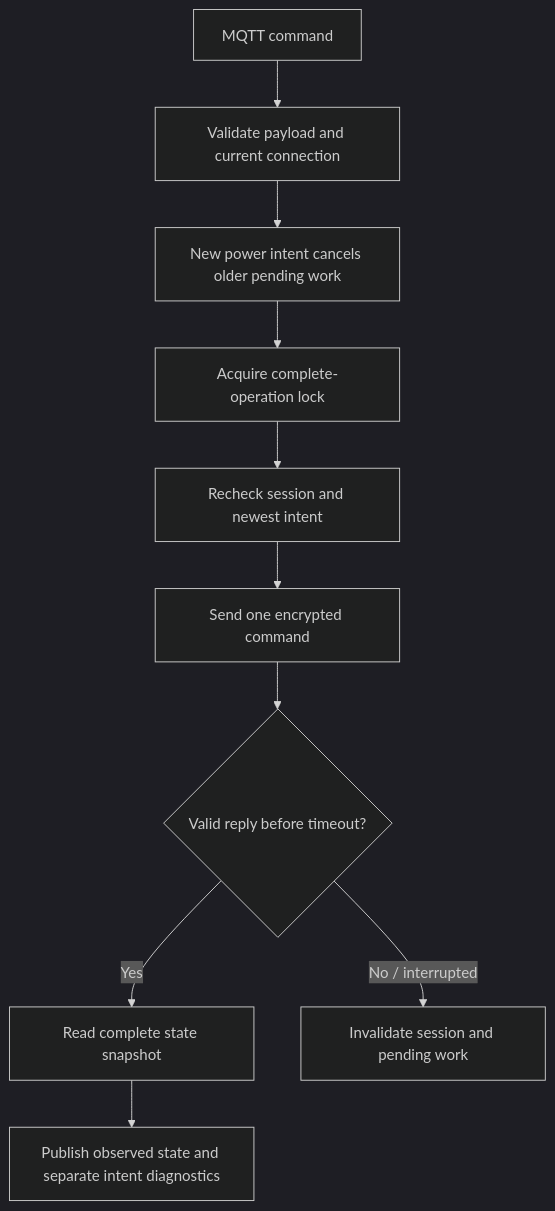
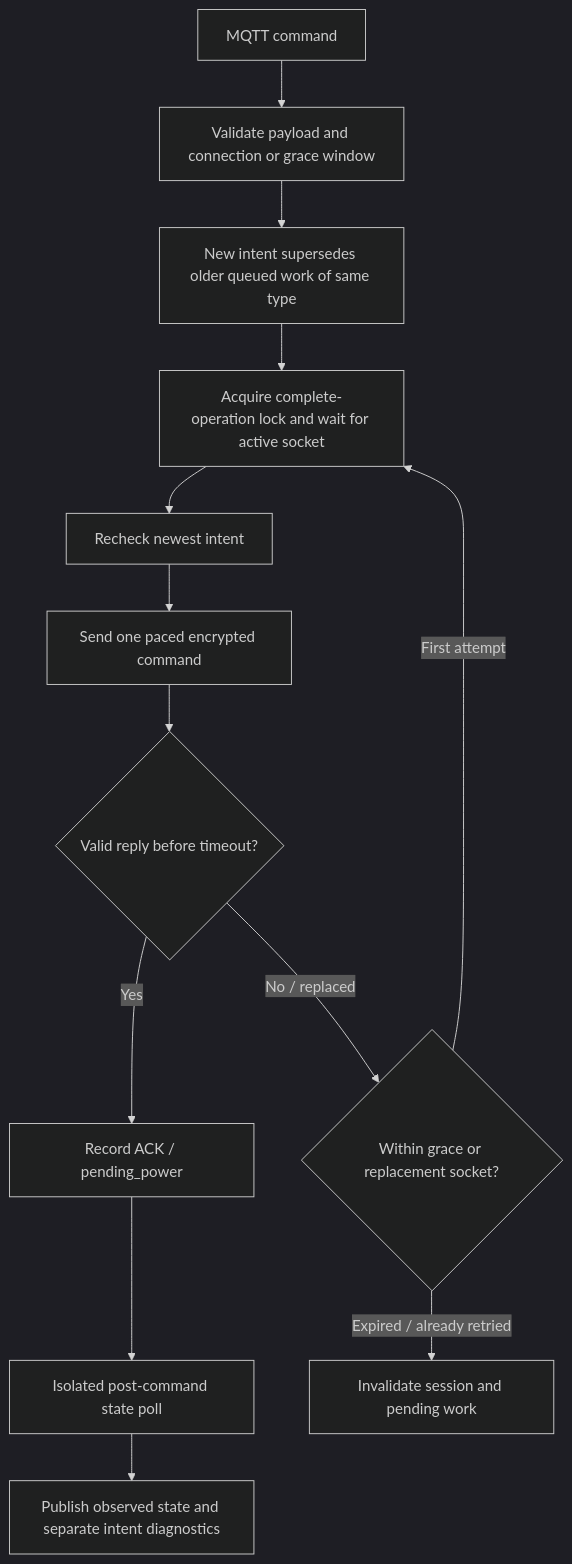
One commit to motionbug/testcodestove changed the second of 2 diagrams in docs/ARCHITECTURE.md. Above: the diagram before and after it, drawn with Mermaid (dark theme). The commit also changed other lines of this file and 3 other files, not shown here.

Commit message:
Docs: align README, architecture, and maintenance baseline for 1.0.5

````diff
--- a/docs/ARCHITECTURE.md
+++ b/docs/ARCHITECTURE.md
@@ -32,12 +35,15 @@
 ```mermaid
 flowchart TD
-    C[MQTT command] --> V[Validate payload and current connection]
-    V --> I[New power intent cancels older pending work]
-    I --> L[Acquire complete-operation lock]
-    L --> G[Recheck session and newest intent]
-    G --> W[Send one encrypted command]
+    C[MQTT command] --> V[Validate payload and connection or grace window]
+    V --> I[New intent supersedes older queued work of same type]
+    I --> L[Acquire complete-operation lock and wait for active socket]
+    L --> G[Recheck newest intent]
+    G --> W[Send one paced encrypted command]
     W --> A{Valid reply before timeout?}
-    A -->|Yes| P[Read complete state snapshot]
+    A -->|Yes| K[Record ACK / pending_power]
+    K --> P[Isolated post-command state poll]
     P --> O[Publish observed state and separate intent diagnostics]
-    A -->|No / interrupted| X[Invalidate session and pending work]
+    A -->|No / replaced| R{Within grace or replacement socket?}
+    R -->|First attempt| L
+    R -->|Expired / already retried| X[Invalidate session and pending work]
 ```
````
